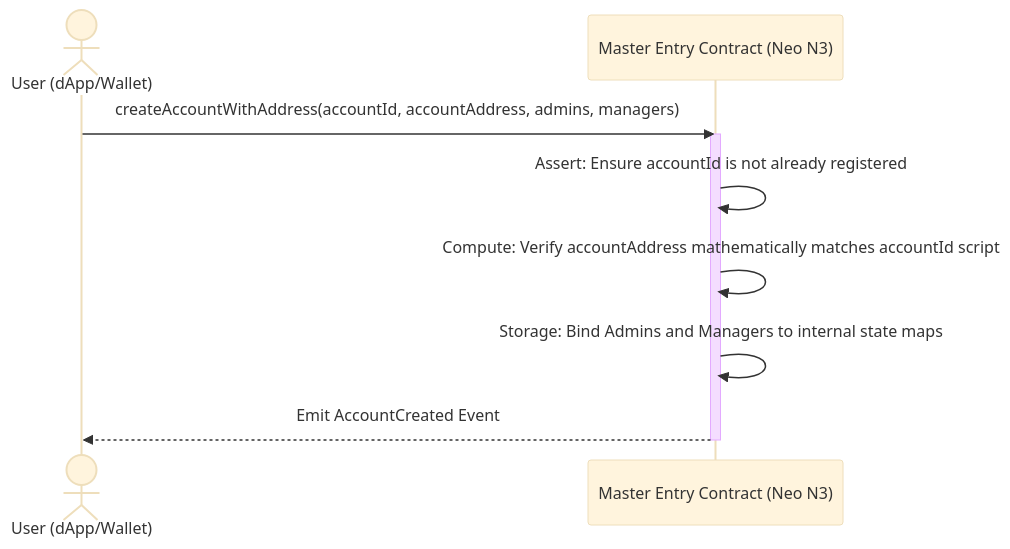
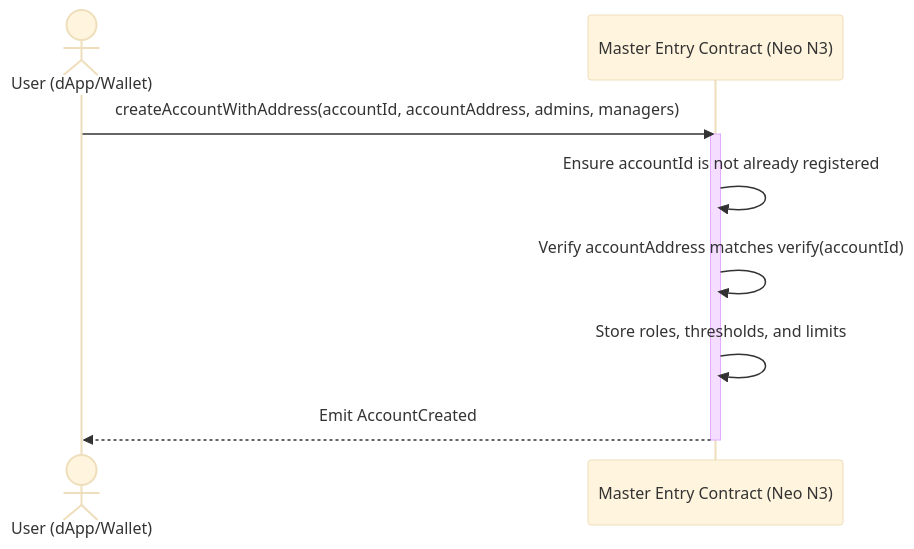
One commit to r3e-network/neo-abstract-account changed the first of 3 diagrams in frontend/src/assets/docs/workflow.md. Above: the diagram before and after it, drawn with Mermaid (base theme). The commit also changed other lines of this file and 9 other files, not shown here.

````diff
--- a/frontend/src/assets/docs/workflow.md
+++ b/frontend/src/assets/docs/workflow.md
@@ -9,13 +9,13 @@
 ```mermaid
 sequenceDiagram
     actor User as User (dApp/Wallet)
     participant Master as Master Entry Contract (Neo N3)
-    
+
     User->>Master: createAccountWithAddress(accountId, accountAddress, admins, managers)
     activate Master
-    Master->>Master: Assert: Ensure accountId is not already registered
-    Master->>Master: Compute: Verify accountAddress mathematically matches accountId script
-    Master->>Master: Storage: Bind Admins and Managers to internal state maps
-    Master-->>User: Emit AccountCreated Event
+    Master->>Master: Ensure accountId is not already registered
+    Master->>Master: Verify accountAddress matches verify(accountId)
+    Master->>Master: Store roles, thresholds, and limits
+    Master-->>User: Emit AccountCreated
     deactivate Master
 ```
````
